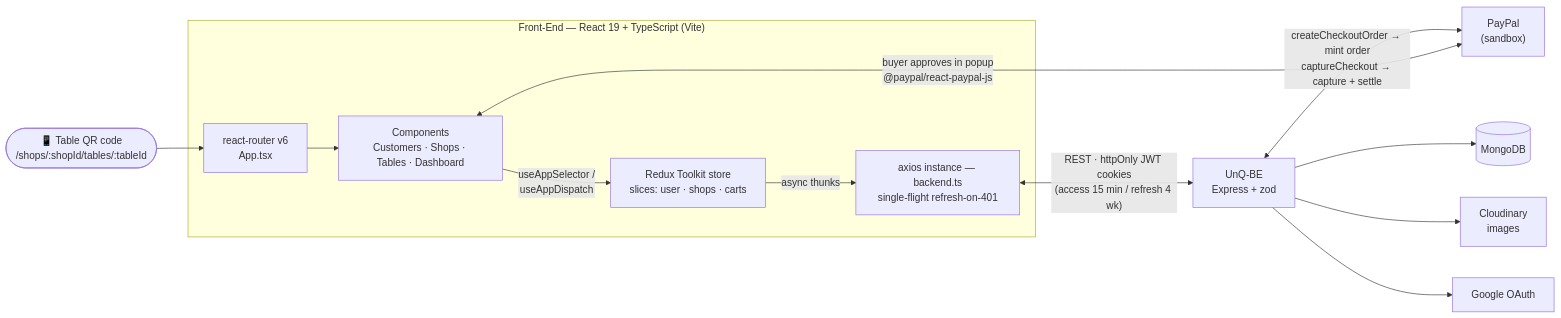
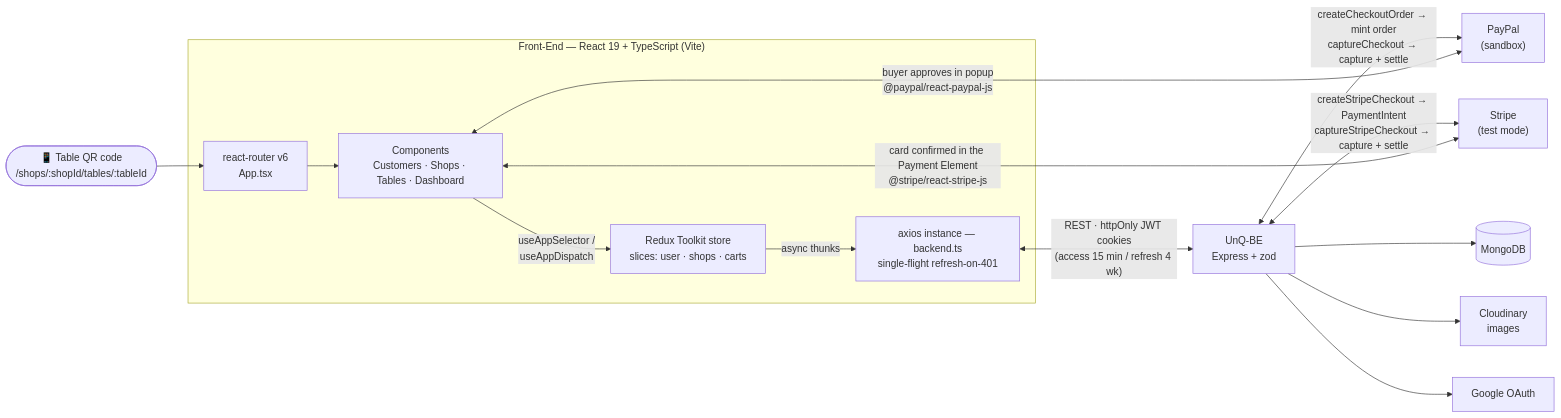
Before and after one commit to Nando-C/UnQ-FE: the diagram in README.md, drawn with Mermaid. The commit also changed other lines of this file and 27 other files, not shown here.

````diff
--- a/README.md
+++ b/README.md
@@ -121,23 +122,25 @@
 ```mermaid
 flowchart LR
     QR(["📱 Table QR code<br/>/shops/:shopId/tables/:tableId"]) --> Router
 
     subgraph FE["Front-End — React 19 + TypeScript (Vite)"]
         Router["react-router v6<br/>App.tsx"]
         UI["Components<br/>Customers · Shops · Tables · Dashboard"]
         Store["Redux Toolkit store<br/>slices: user · shops · carts"]
         Axios["axios instance — backend.ts<br/>single-flight refresh-on-401"]
 
         Router --> UI
         UI -->|"useAppSelector /<br/>useAppDispatch"| Store
         Store -->|async thunks| Axios
     end
 
     Axios <-->|"REST · httpOnly JWT cookies<br/>(access 15 min / refresh 4 wk)"| BE["UnQ-BE<br/>Express + zod"]
     BE <-->|"createCheckoutOrder → mint order<br/>captureCheckout → capture + settle"| PayPal["PayPal<br/>(sandbox)"]
     UI <-->|"buyer approves in popup<br/>@paypal/react-paypal-js"| PayPal
+    BE <-->|"createStripeCheckout → PaymentIntent<br/>captureStripeCheckout → capture + settle"| Stripe["Stripe<br/>(test mode)"]
+    UI <-->|"card confirmed in the Payment Element<br/>@stripe/react-stripe-js"| Stripe
 
     BE --> Mongo[("MongoDB")]
     BE --> Cloudinary["Cloudinary<br/>images"]
     BE --> Google["Google OAuth"]
 ```
````
